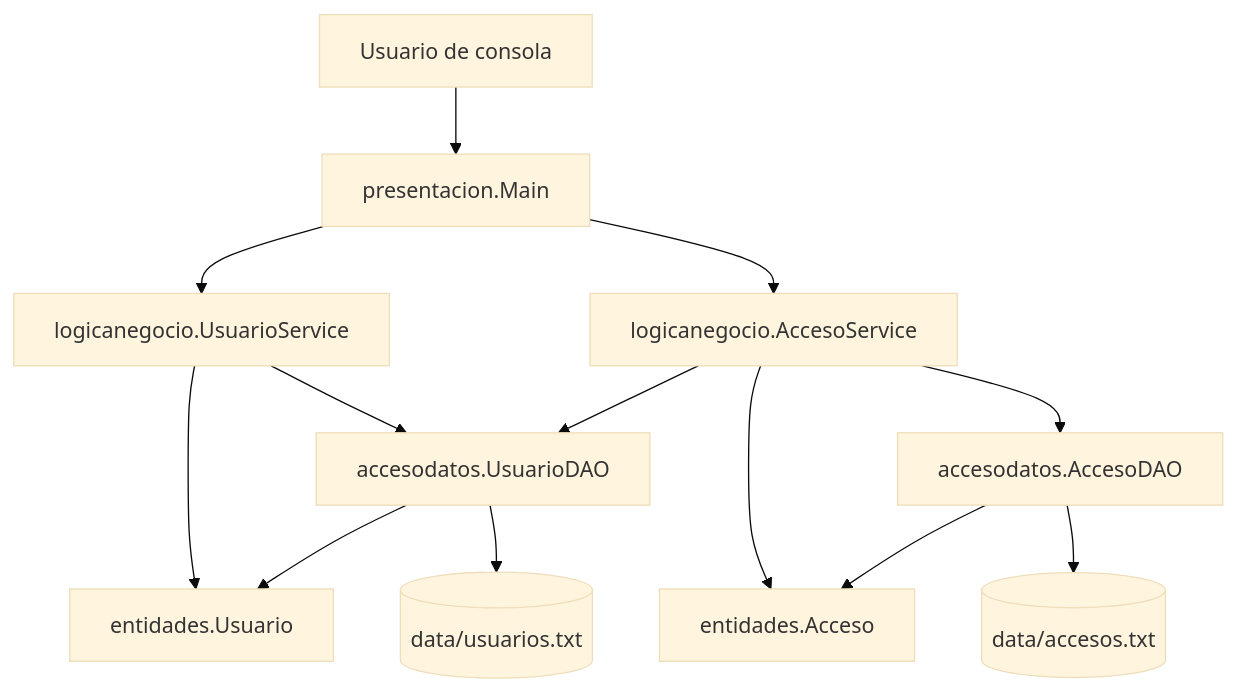
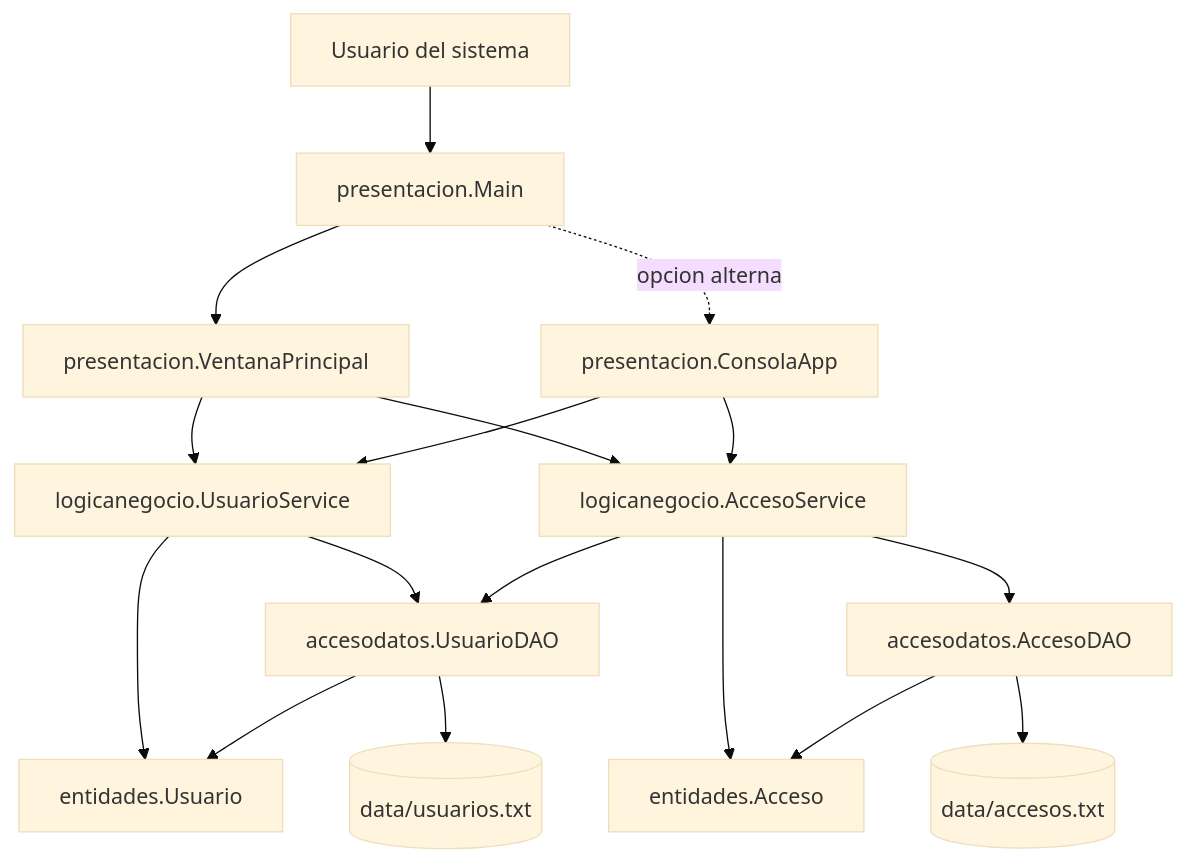
The first of 2 diagrams in DIAGRAMA_PROYECTO.md (Cris-hub07/examenpraga3), drawn with Mermaid (base theme) before and after one commit. The commit also changed other lines of this file and 10 other files, not shown here.

````diff
--- a/DIAGRAMA_PROYECTO.md
+++ b/DIAGRAMA_PROYECTO.md
@@ -7,35 +7,41 @@
 ```mermaid
 flowchart TD
-    Operador[Usuario de consola]
+    Operador[Usuario del sistema]
     Main[presentacion.Main]
+    Ventana[presentacion.VentanaPrincipal]
+    Consola[presentacion.ConsolaApp]
 
     UsuarioService[logicanegocio.UsuarioService]
     AccesoService[logicanegocio.AccesoService]
 
     UsuarioDAO[accesodatos.UsuarioDAO]
     AccesoDAO[accesodatos.AccesoDAO]
 
     UsuarioEntidad[entidades.Usuario]
     AccesoEntidad[entidades.Acceso]
 
     UsuariosTxt[(data/usuarios.txt)]
     AccesosTxt[(data/accesos.txt)]
 
     Operador --> Main
+    Main --> Ventana
+    Main -. opcion alterna .-> Consola
 
-    Main --> UsuarioService
-    Main --> AccesoService
+    Ventana --> UsuarioService
+    Ventana --> AccesoService
+    Consola --> UsuarioService
+    Consola --> AccesoService
 
     UsuarioService --> UsuarioEntidad
     UsuarioService --> UsuarioDAO
 
     AccesoService --> AccesoEntidad
     AccesoService --> UsuarioDAO
     AccesoService --> AccesoDAO
 
     UsuarioDAO --> UsuarioEntidad
     UsuarioDAO --> UsuariosTxt
 
     AccesoDAO --> AccesoEntidad
     AccesoDAO --> AccesosTxt
 ```
````
